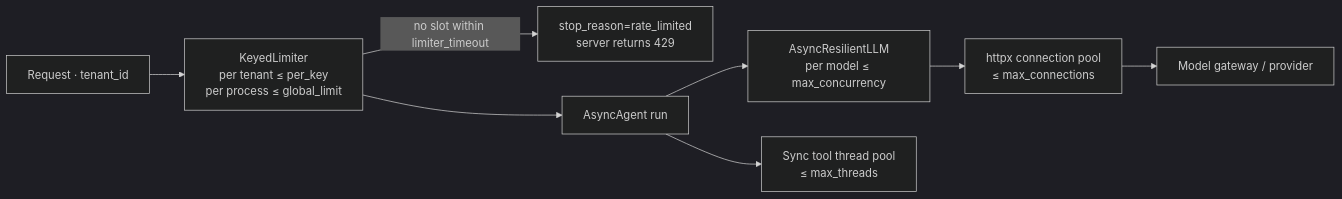
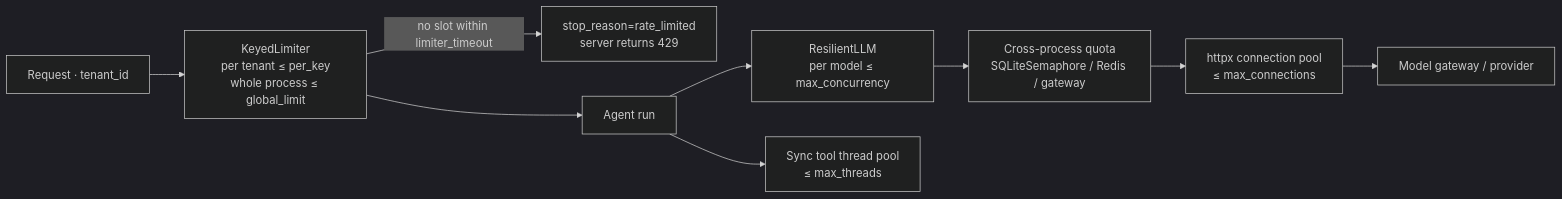
Before and after one commit to heaven999b/hello-agent-system: the third of 3 diagrams in lessons/30_async_runtime/README.en.md, drawn with Mermaid (dark theme). The commit also changed other lines of this file and 9 other files, not shown here.

Commit message:
lessons 29-30: async gateway and guardrails; lesson 30 repositioned as the production async runtime with real uvicorn subprocess, real SQLite/Postgres checkpoints and re-measured throughput

````diff
--- a/lessons/30_async_runtime/README.en.md
+++ b/lessons/30_async_runtime/README.en.md
@@ -266,10 +267,11 @@
 ```mermaid
 flowchart LR
-    R["Request · tenant_id"] --> K["KeyedLimiter<br/>per tenant ≤ per_key<br/>per process ≤ global_limit"]
+    R["Request · tenant_id"] --> K["KeyedLimiter<br/>per tenant ≤ per_key<br/>whole process ≤ global_limit"]
     K -->|"no slot within limiter_timeout"| X["stop_reason=rate_limited<br/>server returns 429"]
-    K --> A["AsyncAgent run"]
-    A --> M["AsyncResilientLLM<br/>per model ≤ max_concurrency"]
-    M --> H["httpx connection pool<br/>≤ max_connections"]
+    K --> A["Agent run"]
+    A --> M["ResilientLLM<br/>per model ≤ max_concurrency"]
+    M --> Q["Cross-process quota<br/>SQLiteSemaphore / Redis / gateway"]
+    Q --> H["httpx connection pool<br/>≤ max_connections"]
     H --> G["Model gateway / provider"]
     A --> T["Sync tool thread pool<br/>≤ max_threads"]
 ```
````
